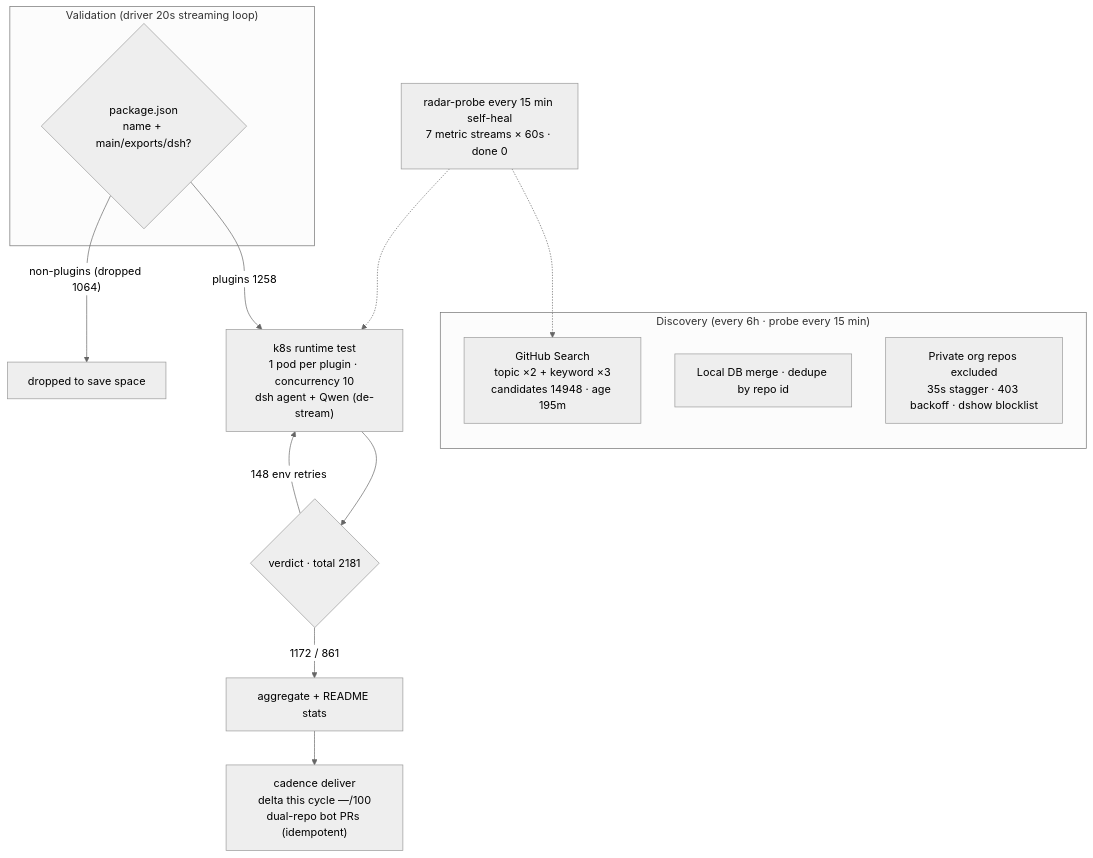
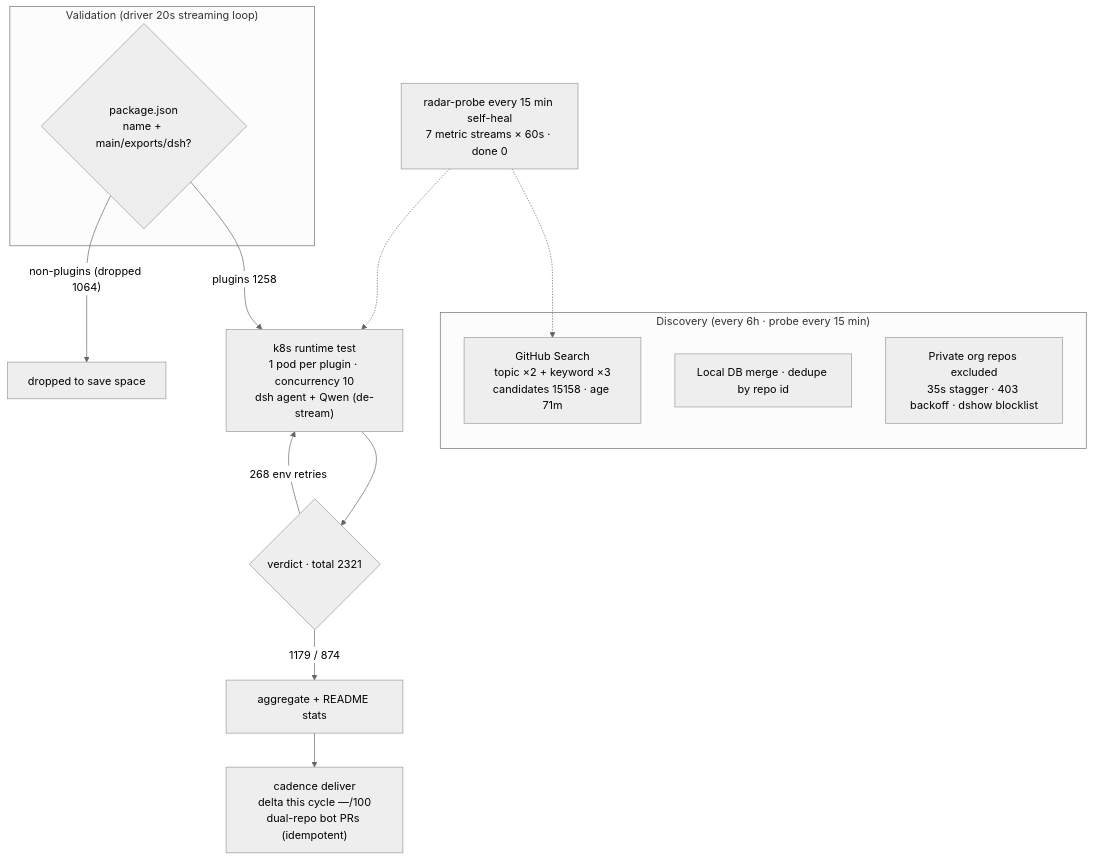
Before and after one commit to Zhidao-Lab-OSS/awesome-dsh-plugins: the diagram in README.en-US.md, drawn with Mermaid (neutral theme). The commit also changed other lines of this file and 1 other file, not shown here.

````diff
--- a/README.en-US.md
+++ b/README.en-US.md
@@ -30,20 +30,20 @@
 ```mermaid
 flowchart TB
     subgraph Discovery["Discovery (every 6h · probe every 15 min)"]
-        A1["GitHub Search<br/>topic ×2 + keyword ×3<br/>candidates 14948 · age 195m"]
+        A1["GitHub Search<br/>topic ×2 + keyword ×3<br/>candidates 15158 · age 71m"]
         A2["Local DB merge · dedupe by repo id"]
         A3["Private org repos excluded<br/>35s stagger · 403 backoff · dshow blocklist"]
     end
     subgraph Validation["Validation (driver 20s streaming loop)"]
         B1{"package.json<br/>name + main/exports/dsh?"}
     end
     B1 -->|"plugins 1258"| C1["k8s runtime test<br/>1 pod per plugin · concurrency 10<br/>dsh agent + Qwen (de-stream)"]
     B1 -->|"non-plugins (dropped 1064)"| B3["dropped to save space"]
-    C1 --> D1{"verdict · total 2181"}
-    D1 -->|"1172 / 861"| E1["aggregate + README stats"]
-    D1 -->|"148 env retries"| C1
+    C1 --> D1{"verdict · total 2321"}
+    D1 -->|"1179 / 874"| E1["aggregate + README stats"]
+    D1 -->|"268 env retries"| C1
     E1 --> E2["cadence deliver<br/>delta this cycle —/100<br/>dual-repo bot PRs (idempotent)"]
     M["radar-probe every 15 min self-heal<br/>7 metric streams × 60s · done 0"]
     M -.-> A1
     M -.-> C1
 ```
````
